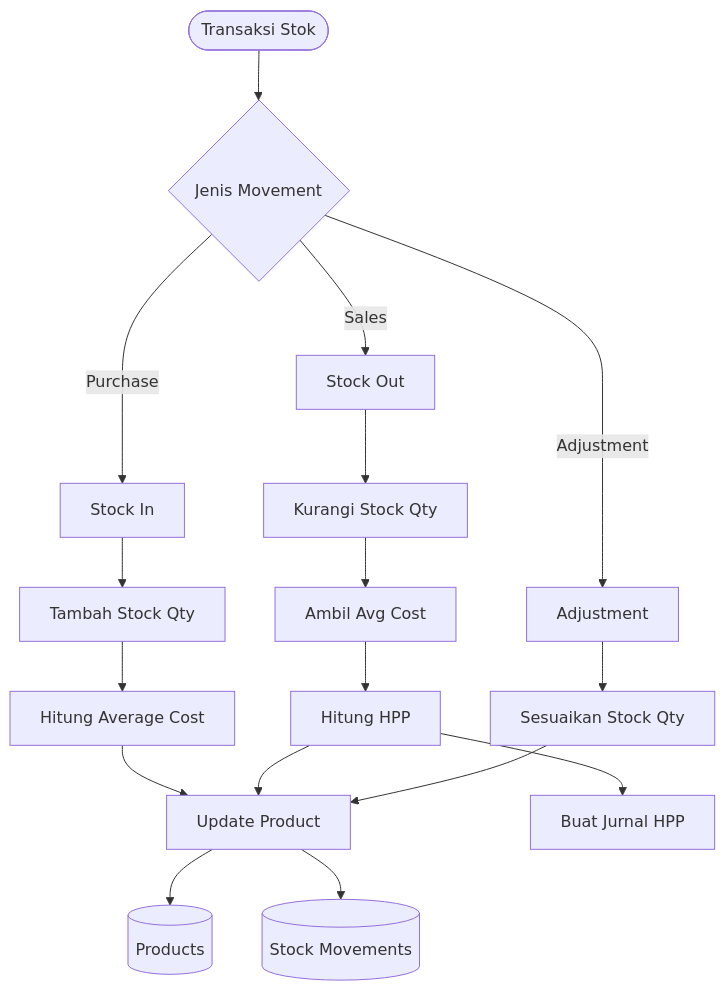
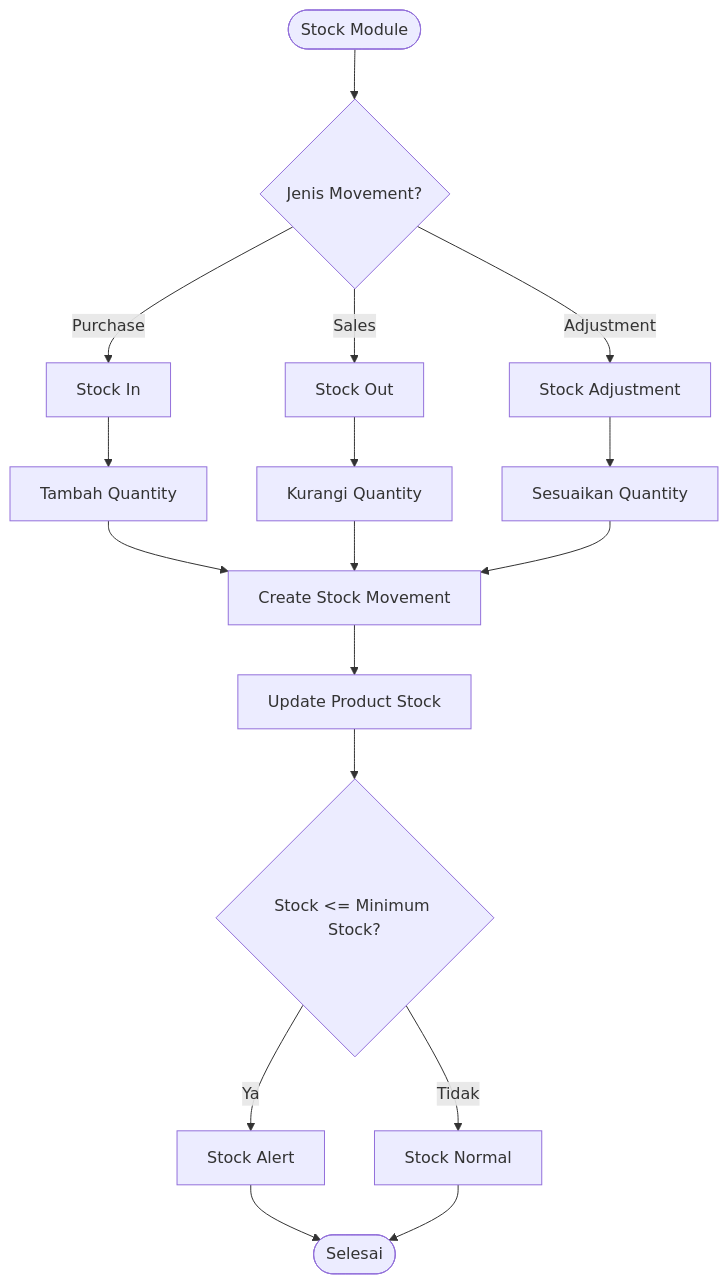
The fifth of 17 diagrams in docs/flowchart/flowchart.md (ahmadfaiqm/flowcash), drawn with Mermaid before and after one commit. The commit also changed other lines of this file, not shown here.

Commit message:
feat/FlowChartBaru

````diff
--- a/docs/flowchart/flowchart.md
+++ b/docs/flowchart/flowchart.md
@@ -304,25 +138,19 @@
 ```mermaid
 flowchart TD
-    A([Transaksi Stok]) --> B{Jenis Movement}
-
+    A([Stock Module]) --> B{Jenis Movement?}
     B -->|Purchase| C[Stock In]
     B -->|Sales| D[Stock Out]
-    B -->|Adjustment| E[Adjustment]
-
-    C --> F[Tambah Stock Qty]
-    F --> G[Hitung Average Cost]
-    G --> H[Update Product]
-
-    D --> I[Kurangi Stock Qty]
-    I --> J[Ambil Avg Cost]
-    J --> K[Hitung HPP]
-    K --> H
-
-    E --> L[Sesuaikan Stock Qty]
-    L --> H
-
-    H --> M[(Products)]
-    H --> N[(Stock Movements)]
-
-    K --> O[Buat Jurnal HPP]
+    B -->|Adjustment| E[Stock Adjustment]
+    C --> F[Tambah Quantity]
+    D --> G[Kurangi Quantity]
+    E --> H[Sesuaikan Quantity]
+    F --> I[Create Stock Movement]
+    G --> I
+    H --> I
+    I --> J[Update Product Stock]
+    J --> K{Stock <= Minimum Stock?}
+    K -->|Ya| L[Stock Alert]
+    K -->|Tidak| M[Stock Normal]
+    L --> N([Selesai])
+    M --> N
 ```
````
